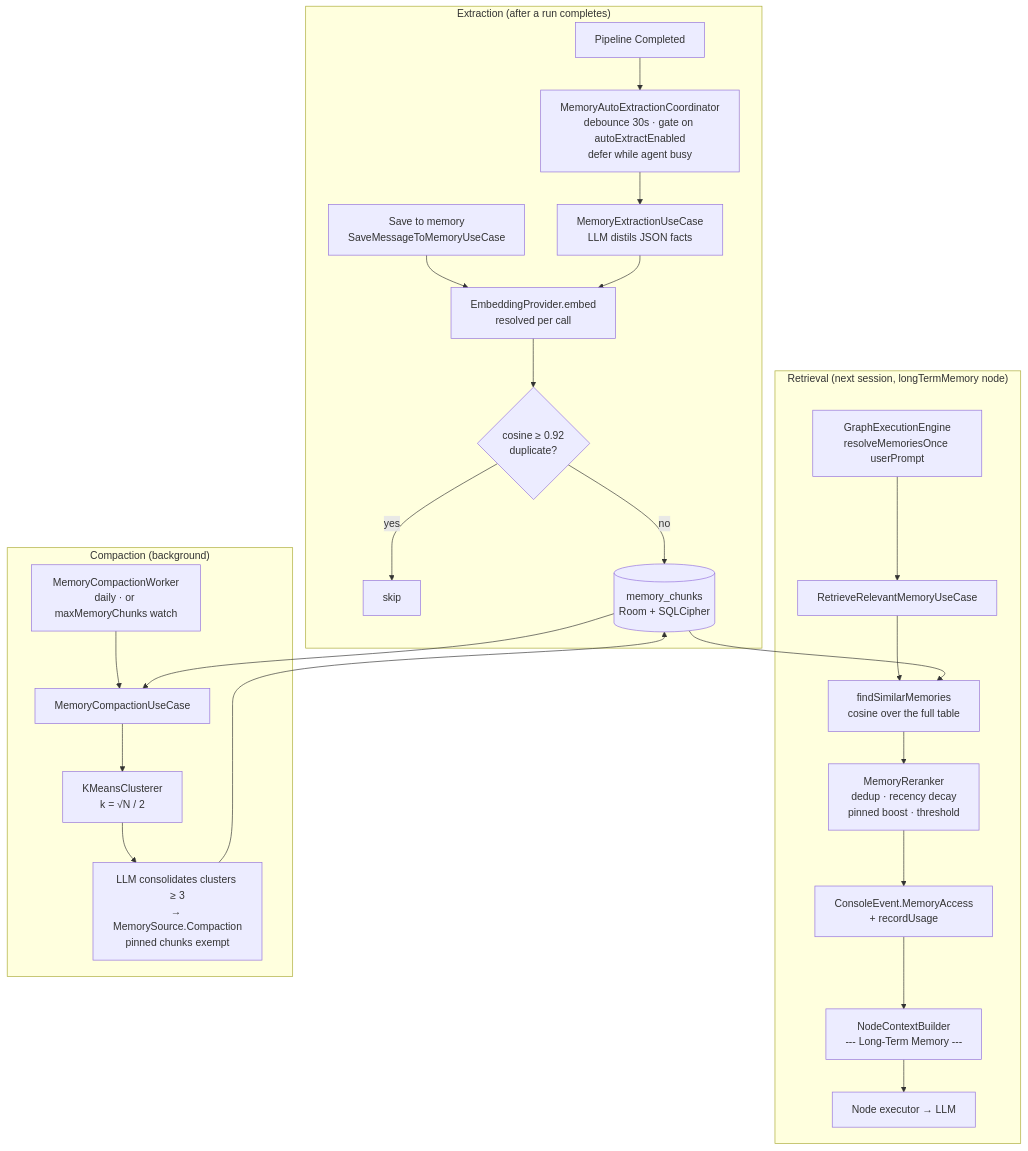
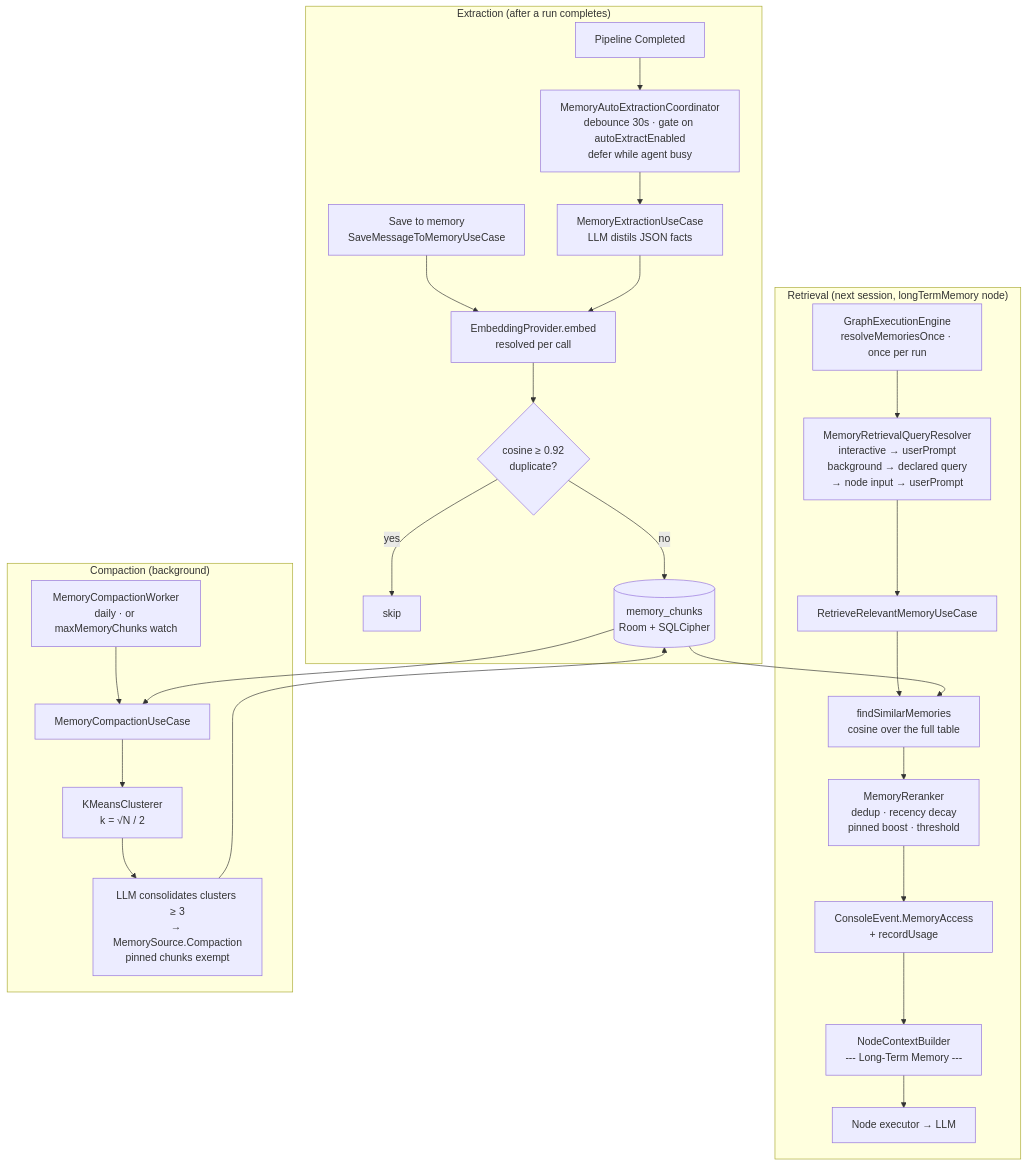
One commit to alexeyw/PersonalAndroidAIAgent changed the third of 8 diagrams in docs/architecture.md. Above: the diagram before and after it, drawn with Mermaid. The commit also changed other lines of this file and 29 other files, not shown here.

First line of the commit message:
feat(memory): derive the retrieval key from the run origin

````diff
--- a/docs/architecture.md
+++ b/docs/architecture.md
@@ -290,30 +290,31 @@
 ```mermaid
 flowchart TB
     subgraph Extraction["Extraction (after a run completes)"]
         Done[Pipeline Completed] --> Coord[MemoryAutoExtractionCoordinator<br/>debounce 30s · gate on autoExtractEnabled<br/>defer while agent busy]
         Coord --> Extract[MemoryExtractionUseCase<br/>LLM distils JSON facts]
         Manual[Save to memory<br/>SaveMessageToMemoryUseCase] --> Embed
         Extract --> Embed[EmbeddingProvider.embed<br/>resolved per call]
         Embed --> Dedup{cosine ≥ 0.92<br/>duplicate?}
         Dedup -- yes --> Drop[skip]
         Dedup -- no --> Store[(memory_chunks<br/>Room + SQLCipher)]
     end
 
     subgraph Retrieval["Retrieval (next session, longTermMemory node)"]
-        Engine[GraphExecutionEngine<br/>resolveMemoriesOnce userPrompt] --> Retrieve[RetrieveRelevantMemoryUseCase]
+        Engine[GraphExecutionEngine<br/>resolveMemoriesOnce · once per run] --> Key[MemoryRetrievalQueryResolver<br/>interactive → userPrompt<br/>background → declared query<br/>→ node input → userPrompt]
+        Key --> Retrieve[RetrieveRelevantMemoryUseCase]
         Retrieve --> Search[findSimilarMemories<br/>cosine over the full table]
         Store --> Search
         Search --> Rerank[MemoryReranker<br/>dedup · recency decay<br/>pinned boost · threshold]
         Rerank --> Console[ConsoleEvent.MemoryAccess<br/>+ recordUsage]
         Console --> Block[NodeContextBuilder<br/>--- Long-Term Memory ---]
         Block --> LLM[Node executor → LLM]
     end
 
     subgraph Compaction["Compaction (background)"]
         Worker[MemoryCompactionWorker<br/>daily · or maxMemoryChunks watch] --> Compact[MemoryCompactionUseCase]
         Store --> Compact
         Compact --> Cluster[KMeansClusterer<br/>k = √N / 2]
         Cluster --> Consolidate[LLM consolidates clusters ≥ 3<br/>→ MemorySource.Compaction<br/>pinned chunks exempt]
         Consolidate --> Store
     end
 ```
````
